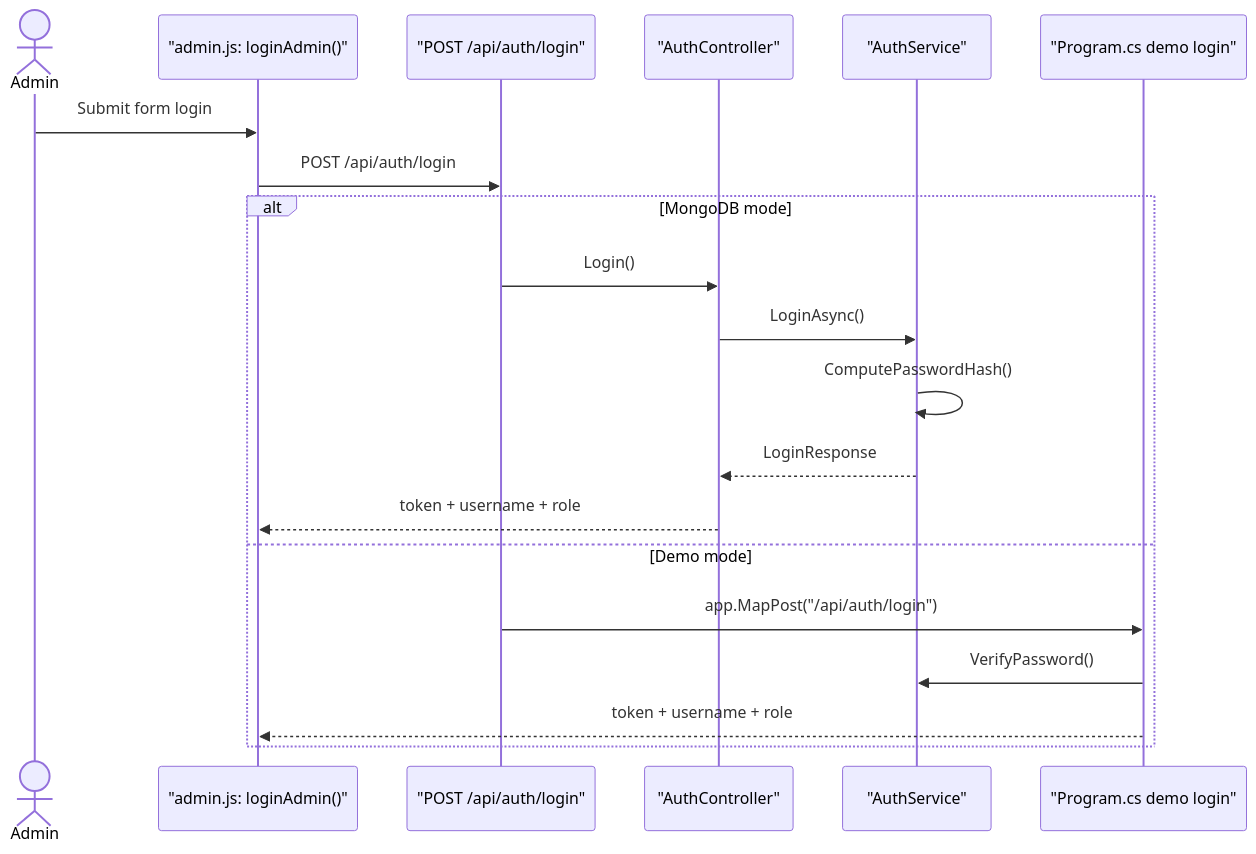
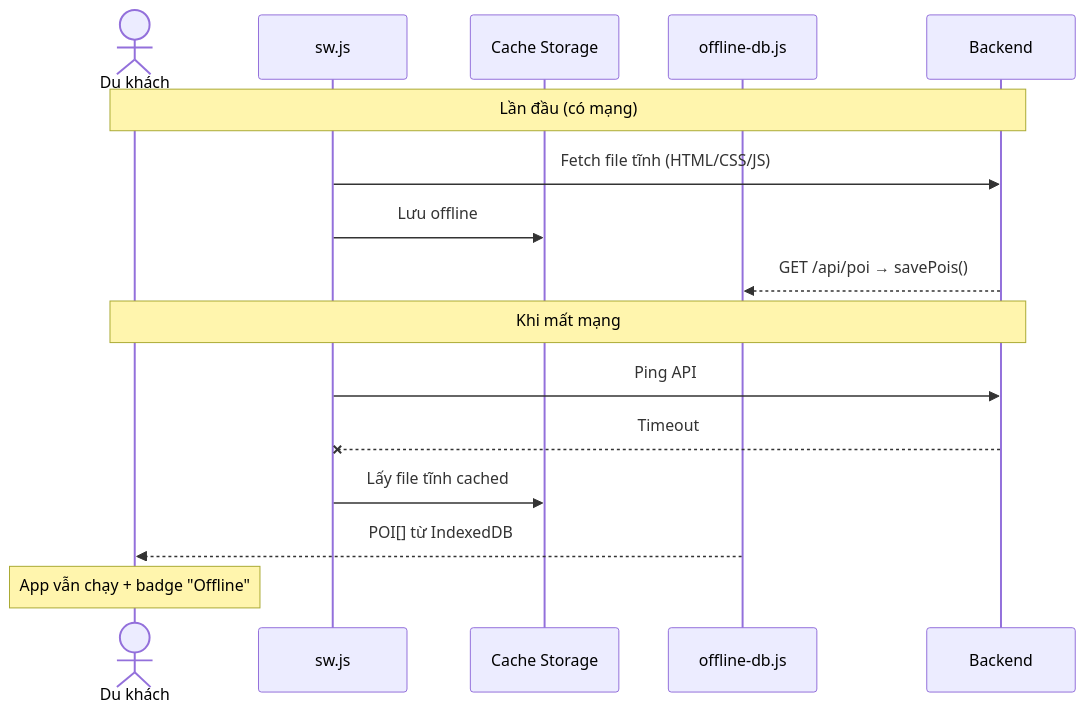
The eighth of 8 diagrams in PRD_VinhKhanh_Final2.md (Hzyl/CShape), drawn with Mermaid before and after one commit. The commit also changed other lines of this file and 205 other files, not shown here.

````diff
--- a/PRD_VinhKhanh_Final2.md
+++ b/PRD_VinhKhanh_Final2.md
@@ -375,23 +382,20 @@
 ```mermaid
 sequenceDiagram
-    actor Admin as Admin
-    participant CMS as "admin.js: loginAdmin()"
-    participant API as "POST /api/auth/login"
-    participant AuthController as "AuthController"
-    participant AuthService as "AuthService"
-    participant DemoMode as "Program.cs demo login"
+    actor User as Du khách
+    participant SW as sw.js
+    participant Cache as Cache Storage
+    participant IDB as offline-db.js
+    participant Server as Backend
 
-    Admin->>CMS: Submit form login
-    CMS->>API: POST /api/auth/login
-    alt MongoDB mode
-        API->>AuthController: Login()
-        AuthController->>AuthService: LoginAsync()
-        AuthService->>AuthService: ComputePasswordHash()
-        AuthService-->>AuthController: LoginResponse
-        AuthController-->>CMS: token + username + role
-    else Demo mode
-        API->>DemoMode: app.MapPost("/api/auth/login")
-        DemoMode->>AuthService: VerifyPassword()
-        DemoMode-->>CMS: token + username + role
-    end
+    Note over User,Server: Lần đầu (có mạng)
+    SW->>Server: Fetch file tĩnh (HTML/CSS/JS)
+    SW->>Cache: Lưu offline
+    Server-->>IDB: GET /api/poi → savePois()
+
+    Note over User,Server: Khi mất mạng
+    SW->>Server: Ping API
+    Server--xSW: Timeout
+    SW->>Cache: Lấy file tĩnh cached
+    IDB-->>User: POI[] từ IndexedDB
+    Note over User: App vẫn chạy + badge "Offline"
 ```
````
